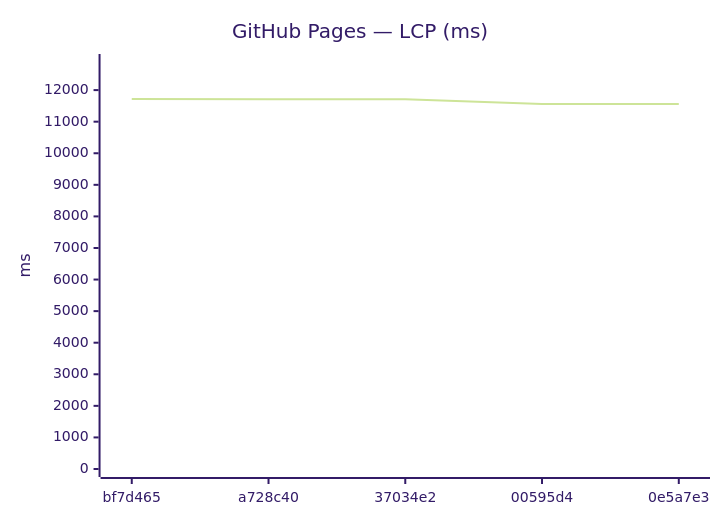
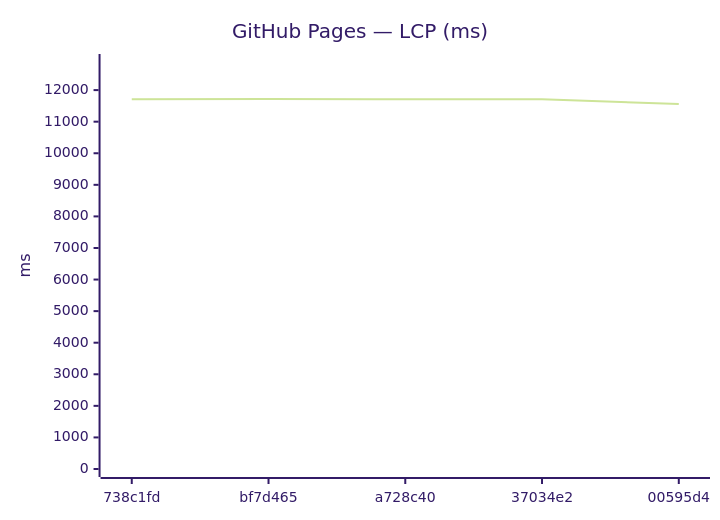
Diagram 11 of 24 in benchmarks/compare.md (Metaheurist/Rianell), drawn with Mermaid (forest theme) before and after one commit. The commit also changed other lines of this file and 13 other files, not shown here.

````diff
--- a/benchmarks/compare.md
+++ b/benchmarks/compare.md
@@ -169,7 +169,7 @@
 ```mermaid
 xychart-beta
     title "GitHub Pages — LCP (ms)"
-    x-axis ["bf7d465", "a728c40", "37034e2", "00595d4", "0e5a7e3"]
+    x-axis ["738c1fd", "bf7d465", "a728c40", "37034e2", "00595d4"]
     y-axis "ms" 0 --> 12890
-    line [11718, 11707, 11710, 11560, 11561]
+    line [11710, 11718, 11707, 11710, 11560]
 ```
````
